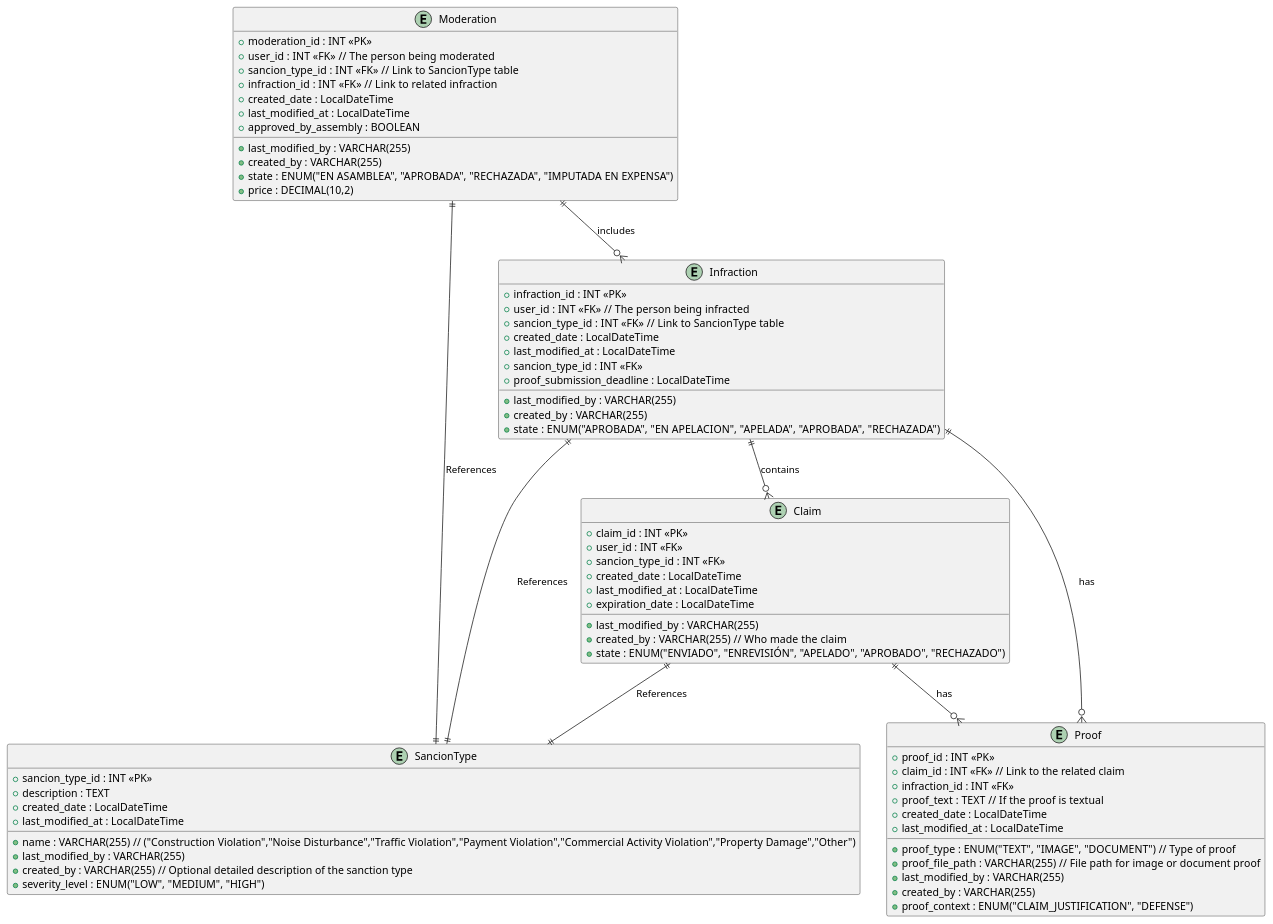
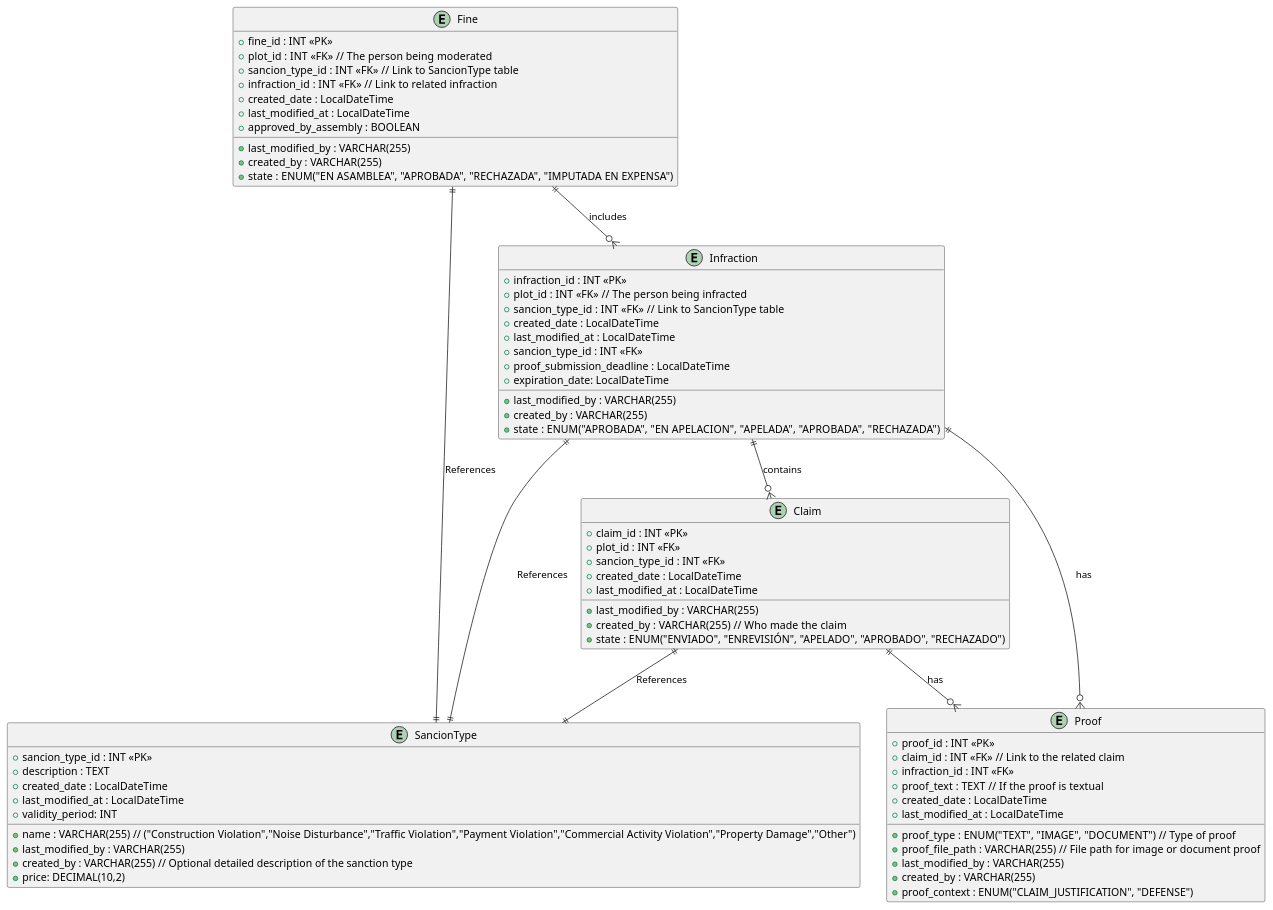
One commit to 406021-GAUFFIN/public-moderations changed the diagram in docs/app_doc/diagrams/class.puml. Above: the diagram before and after it, drawn with PlantUML. The commit also changed 1 other file, not shown here.

```diff
--- a/docs/app_doc/diagrams/class.puml
+++ b/docs/app_doc/diagrams/class.puml
@@ -1,78 +1,78 @@
 @startuml
 
 entity "Claim" as claim {
   + claim_id : INT <<PK>>
-  + user_id : INT <<FK>>
+  + plot_id : INT <<FK>>
   + sancion_type_id : INT <<FK>>
   + created_date : LocalDateTime
   + last_modified_at : LocalDateTime
   + last_modified_by : VARCHAR(255)
   + created_by : VARCHAR(255)  // Who made the claim
-  + expiration_date : LocalDateTime
   + state : ENUM("ENVIADO", "ENREVISIÓN", "APELADO", "APROBADO", "RECHAZADO")
 
 
   }
 
 entity "SancionType" as sancion_type {
   + sancion_type_id : INT <<PK>>
   + name : VARCHAR(255)  // ("Construction Violation","Noise Disturbance","Traffic Violation","Payment Violation","Commercial Activity Violation","Property Damage","Other")
   + description : TEXT
   + created_date : LocalDateTime
   + last_modified_at : LocalDateTime
   + last_modified_by : VARCHAR(255)
   + created_by : VARCHAR(255) // Optional detailed description of the sanction type
-  + severity_level : ENUM("LOW", "MEDIUM", "HIGH")
+  + validity_period: INT
+  + price: DECIMAL(10,2)
 }
 entity "Proof" as proof {
   + proof_id : INT <<PK>>
   + claim_id : INT <<FK>> // Link to the related claim
   + infraction_id : INT <<FK>>
   + proof_type : ENUM("TEXT", "IMAGE", "DOCUMENT")  // Type of proof
   + proof_text : TEXT  // If the proof is textual
   + proof_file_path : VARCHAR(255)  // File path for image or document proof
   + created_date : LocalDateTime
   + last_modified_at : LocalDateTime
   + last_modified_by : VARCHAR(255)
   + created_by : VARCHAR(255)
   + proof_context : ENUM("CLAIM_JUSTIFICATION", "DEFENSE")
 }
 
 entity "Infraction" as infraction {
   + infraction_id : INT <<PK>>
-  + user_id : INT <<FK>>  // The person being infracted
+  + plot_id : INT <<FK>>  // The person being infracted
   + sancion_type_id : INT <<FK>>  // Link to SancionType table
   + created_date : LocalDateTime
   + last_modified_at : LocalDateTime
   + last_modified_by : VARCHAR(255)
   + created_by : VARCHAR(255)
   + sancion_type_id : INT <<FK>>
   + proof_submission_deadline : LocalDateTime
   + state : ENUM("APROBADA", "EN APELACION", "APELADA", "APROBADA", "RECHAZADA")
+  + expiration_date: LocalDateTime
 }
 
-entity "Moderation" as moderation {
-  + moderation_id : INT <<PK>>
-  + user_id : INT <<FK>>  // The person being moderated
+entity "Fine" as fine {
+  + fine_id : INT <<PK>>
+  + plot_id : INT <<FK>>  // The person being moderated
   + sancion_type_id : INT <<FK>>  // Link to SancionType table
   + infraction_id : INT <<FK>>  // Link to related infraction
   + created_date : LocalDateTime
   + last_modified_at : LocalDateTime
   + last_modified_by : VARCHAR(255)
   + created_by : VARCHAR(255)
   + state : ENUM("EN ASAMBLEA", "APROBADA", "RECHAZADA", "IMPUTADA EN EXPENSA")
-  + price : DECIMAL(10,2)
   + approved_by_assembly : BOOLEAN
 }
 
 claim ||--|| sancion_type : "References"
 
-moderation ||--|| sancion_type : "References"
+fine ||--|| sancion_type : "References"
 claim ||--o{ proof : "has"
 infraction ||--o{ claim : "contains"
 infraction ||--|| sancion_type : "References"
 infraction ||--o{ proof : "has"
-moderation ||--o{ infraction : "includes"
+fine ||--o{ infraction : "includes"
 
 
 @enduml
```
